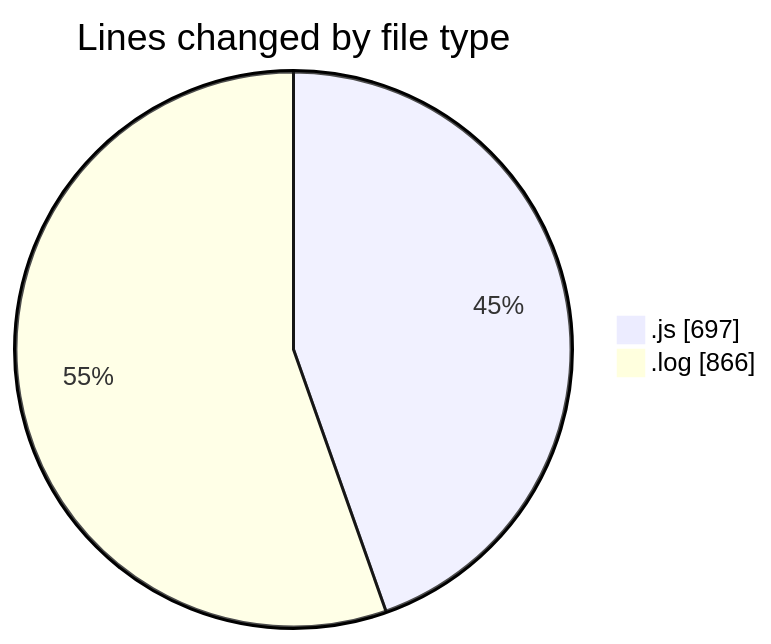
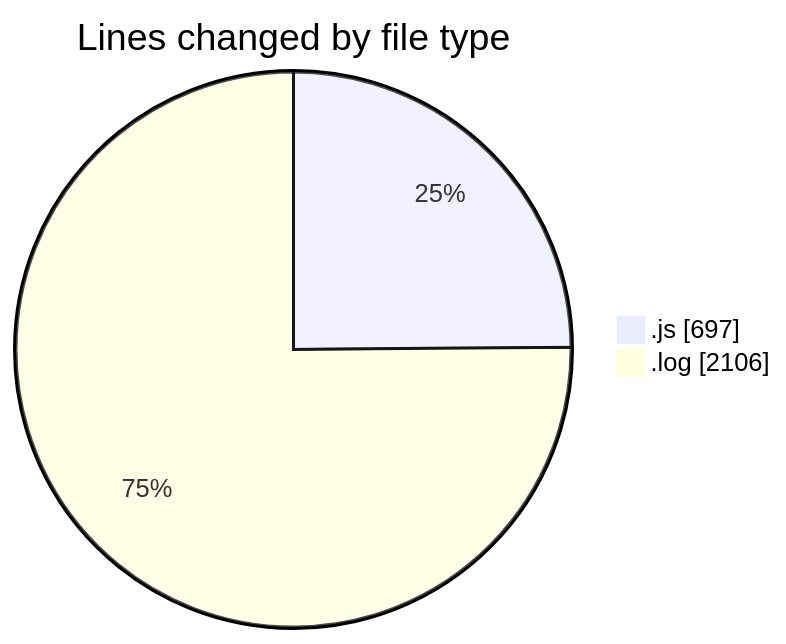
The first of 2 diagrams in 2025-04-15/nxtqube_webapp/README.md (nxtqubesakshisongat/code-tracking), drawn with Mermaid before and after one commit. The commit also changed other lines of this file and 1 other file, not shown here.

````diff
--- a/2025-04-15/nxtqube_webapp/README.md
+++ b/2025-04-15/nxtqube_webapp/README.md
@@ -21,6 +22,6 @@
 ```mermaid
 pie showData
 title Lines changed by file type
 ".js" : 697
-".log" : 866
+".log" : 2106
 ```
````
